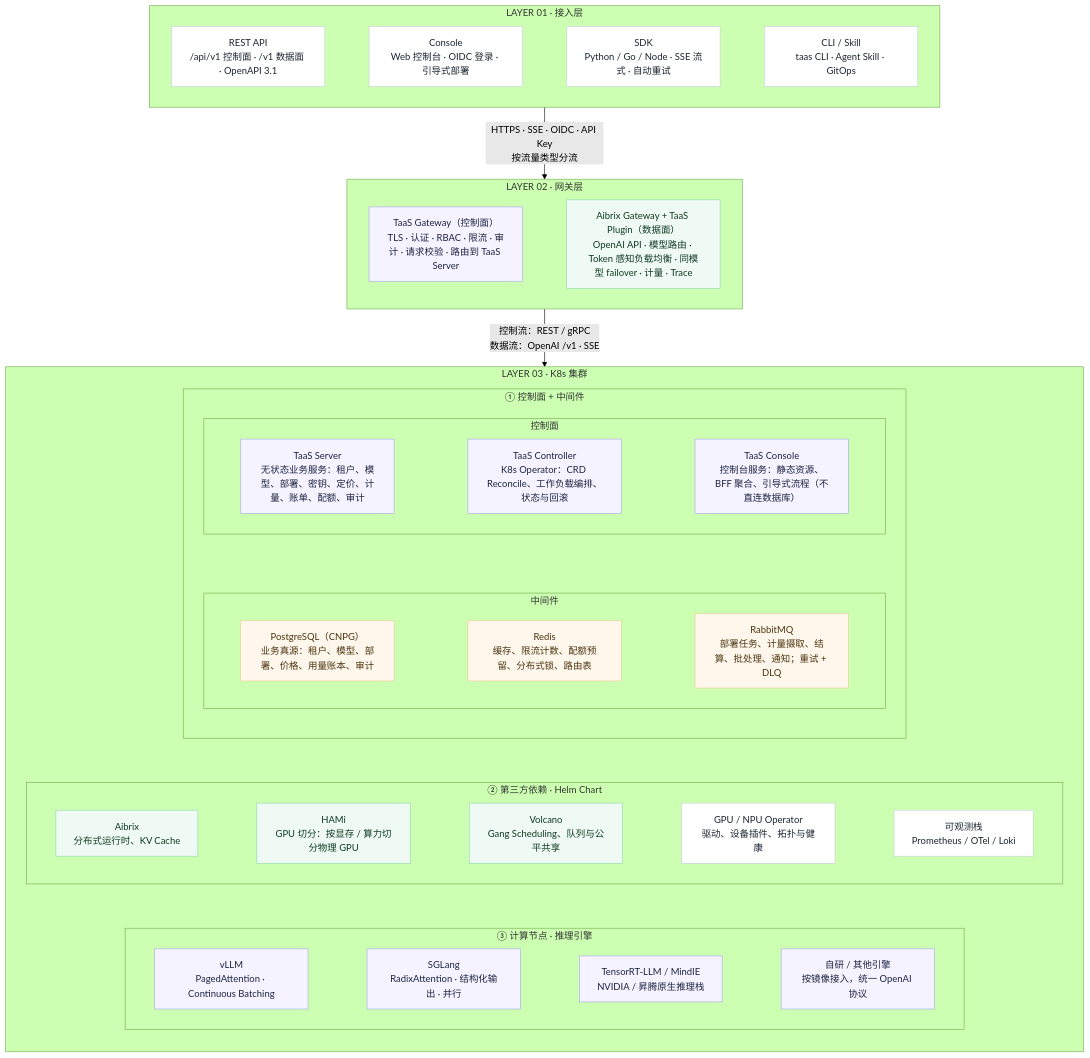
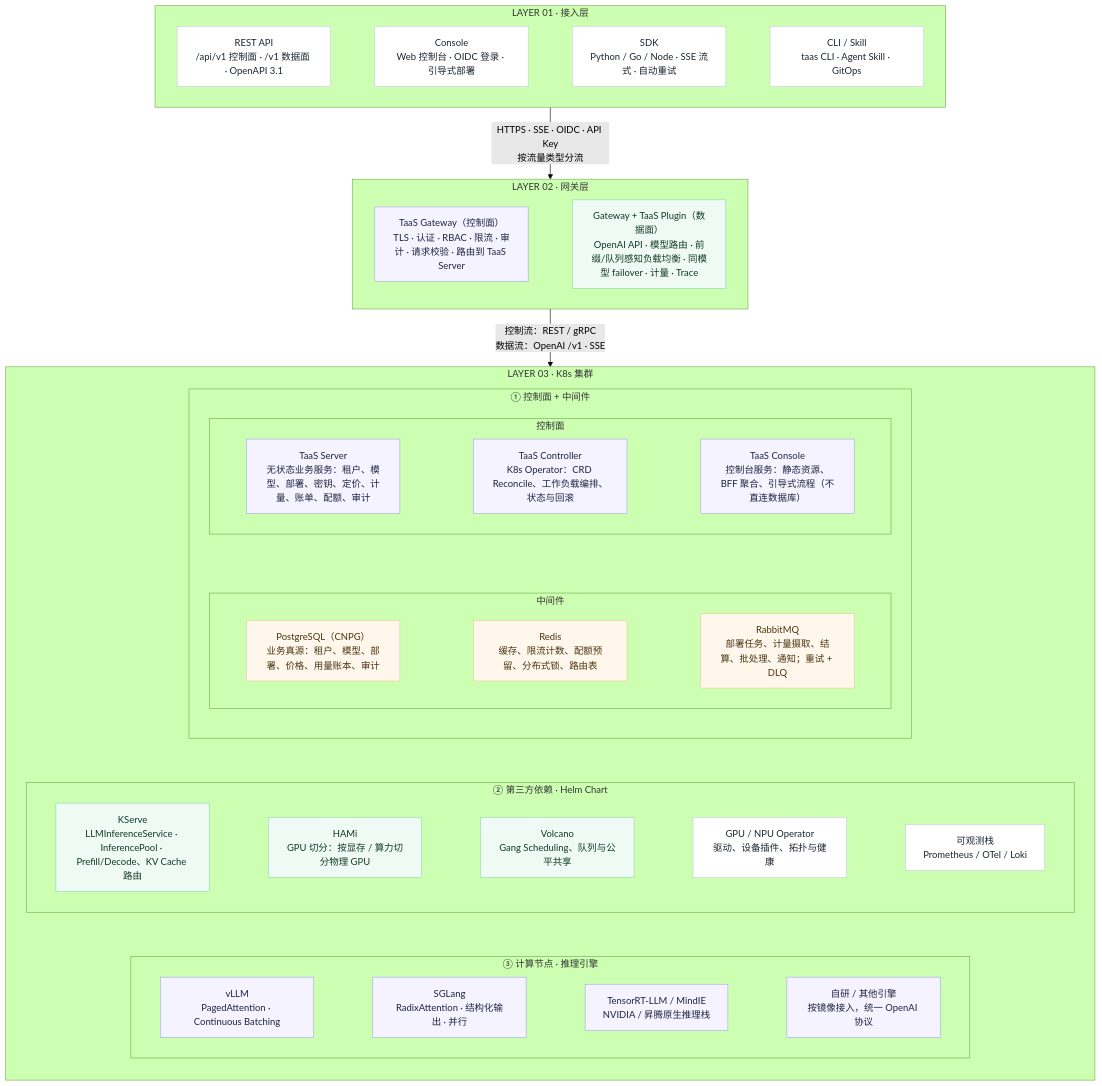
The diagram in README.zh-cn.md (go-taas/go-taas), drawn with Mermaid (forest theme) before and after one commit. The commit also changed other lines of this file and 151 other files, not shown here.

````diff
--- a/README.zh-cn.md
+++ b/README.zh-cn.md
@@ -107,66 +107,66 @@
 ```mermaid
 flowchart TB
 subgraph L1["LAYER 01 · 接入层"]
     direction LR
     A1["REST API<br/>/api/v1 控制面 · /v1 数据面 · OpenAPI 3.1"]:::cell
     A2["Console<br/>Web 控制台 · OIDC 登录 · 引导式部署"]:::cell
     A3["SDK<br/>Python / Go / Node · SSE 流式 · 自动重试"]:::cell
     A4["CLI / Skill<br/>taas CLI · Agent Skill · GitOps"]:::cell
     A1 ~~~ A2 ~~~ A3 ~~~ A4
 end
 
 subgraph L2["LAYER 02 · 网关层"]
     direction LR
     G1["TaaS Gateway（控制面）<br/>TLS · 认证 · RBAC · 限流 · 审计 · 请求校验 · 路由到 TaaS Server"]:::cp
-    G2["Aibrix Gateway + TaaS Plugin（数据面）<br/>OpenAI API · 模型路由 · Token 感知负载均衡 · 同模型 failover · 计量 · Trace"]:::dp
+    G2["Gateway + TaaS Plugin（数据面）<br/>OpenAI API · 模型路由 · 前缀/队列感知负载均衡 · 同模型 failover · 计量 · Trace"]:::dp
     G1 ~~~ G2
 end
 
 subgraph L3["LAYER 03 · K8s 集群"]
     direction TB
     subgraph L3A["① 控制面 + 中间件"]
         direction TB
         subgraph L3A1["控制面"]
             direction LR
             S1["TaaS Server<br/>无状态业务服务：租户、模型、部署、密钥、定价、计量、账单、配额、审计"]:::cp
             S2["TaaS Controller<br/>K8s Operator：CRD Reconcile、工作负载编排、状态与回滚"]:::cp
             S3["TaaS Console<br/>控制台服务：静态资源、BFF 聚合、引导式流程（不直连数据库）"]:::cp
             S1 ~~~ S2 ~~~ S3
         end
         subgraph L3A2["中间件"]
             direction LR
             M1["PostgreSQL（CNPG）<br/>业务真源：租户、模型、部署、价格、用量账本、审计"]:::mw
             M2["Redis<br/>缓存、限流计数、配额预留、分布式锁、路由表"]:::mw
             M3["RabbitMQ<br/>部署任务、计量摄取、结算、批处理、通知；重试 + DLQ"]:::mw
             M1 ~~~ M2 ~~~ M3
         end
         L3A1 ~~~ L3A2
     end
     subgraph L3B["② 第三方依赖 · Helm Chart"]
         direction LR
-        B1["Aibrix<br/>分布式运行时、KV Cache"]:::dp
+        B1["KServe<br/>LLMInferenceService · InferencePool · Prefill/Decode、KV Cache 路由"]:::dp
         B2["HAMi<br/>GPU 切分：按显存 / 算力切分物理 GPU"]:::dp
         B3["Volcano<br/>Gang Scheduling、队列与公平共享"]:::dp
         B4["GPU / NPU Operator<br/>驱动、设备插件、拓扑与健康"]:::cell
         B5["可观测栈<br/>Prometheus / OTel / Loki"]:::cell
         B1 ~~~ B2 ~~~ B3 ~~~ B4 ~~~ B5
     end
     subgraph L3C["③ 计算节点 · 推理引擎"]
         direction LR
         C1["vLLM<br/>PagedAttention · Continuous Batching"]:::cp
         C2["SGLang<br/>RadixAttention · 结构化输出 · 并行"]:::cp
         C3["TensorRT-LLM / MindIE<br/>NVIDIA / 昇腾原生推理栈"]:::cp
         C4["自研 / 其他引擎<br/>按镜像接入，统一 OpenAI 协议"]:::cp
         C1 ~~~ C2 ~~~ C3 ~~~ C4
     end
     L3A ~~~ L3B ~~~ L3C
 end
 
 L1 -->|"HTTPS · SSE · OIDC · API Key<br/>按流量类型分流"| L2
 L2 -->|"控制流：REST / gRPC<br/>数据流：OpenAI /v1 · SSE"| L3
 
 classDef cell fill:#ffffff,stroke:#c7ccd6,color:#1b2530
 classDef cp fill:#f4f3ff,stroke:#a9a4ea,color:#1f2340
 classDef dp fill:#eefaf3,stroke:#8fd6ae,color:#123a25
 classDef mw fill:#fff7ec,stroke:#eec796,color:#4a3410
 ```
````
